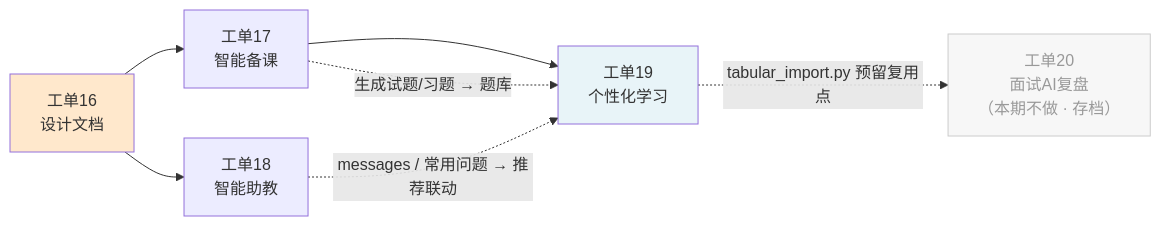
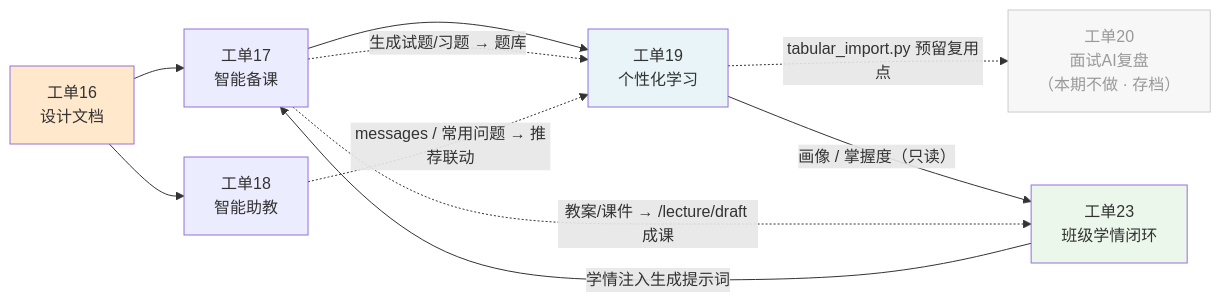
One commit to jyt-1/educational-digital-humans changed the third of 3 diagrams in docs/设计文档-工单16.md. Above: the diagram before and after it, drawn with Mermaid. The commit also changed other lines of this file, not shown here.

First line of the commit message:
[文档] 设计文档 v1.5：新增场景五「班级学情闭环」（工单23）

````diff
--- a/docs/设计文档-工单16.md
+++ b/docs/设计文档-工单16.md
@@ -1060,15 +1184,21 @@
 ```mermaid
 graph LR
     W16["工单16<br/>设计文档"] --> W17["工单17<br/>智能备课"]
     W16 --> W18["工单18<br/>智能助教"]
     W17 --> W19["工单19<br/>个性化学习"]
     W20["工单20<br/>面试AI复盘<br/>（本期不做 · 存档）"]
+    W23["工单23<br/>班级学情闭环"]
 
     W17 -.->|"生成试题/习题 → 题库"| W19
     W18 -.->|"messages / 常用问题 → 推荐联动"| W19
     W19 -.->|"tabular_import.py 预留复用点"| W20
 
+    W19 -->|"画像 / 掌握度（只读）"| W23
+    W23 -->|"学情注入生成提示词"| W17
+    W17 -.->|"教案/课件 → /lecture/draft 成课"| W23
+
     style W16 fill:#ffe8cc
     style W19 fill:#e8f4f8
+    style W23 fill:#eaf7ea
     style W20 fill:#f7f7f7,color:#999,stroke:#ccc
 ```
````
